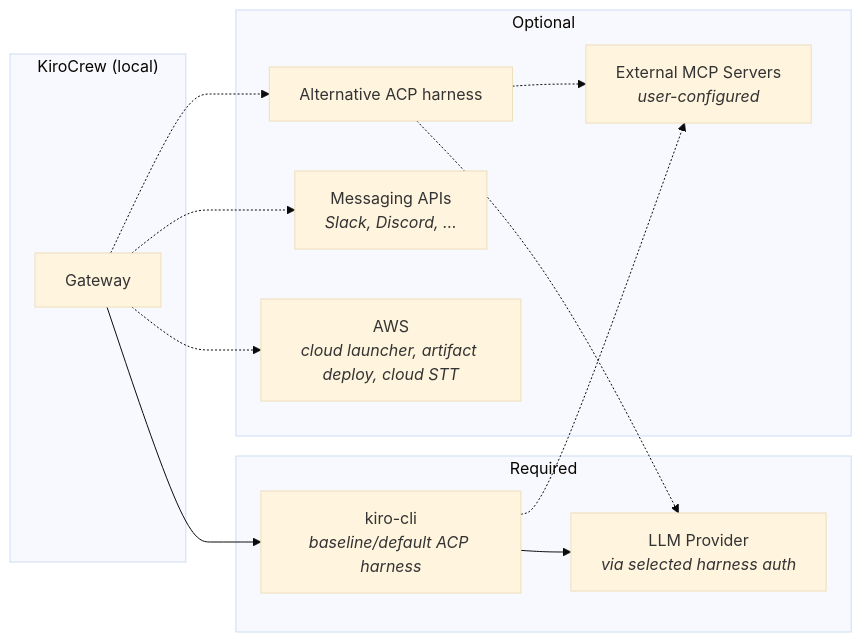
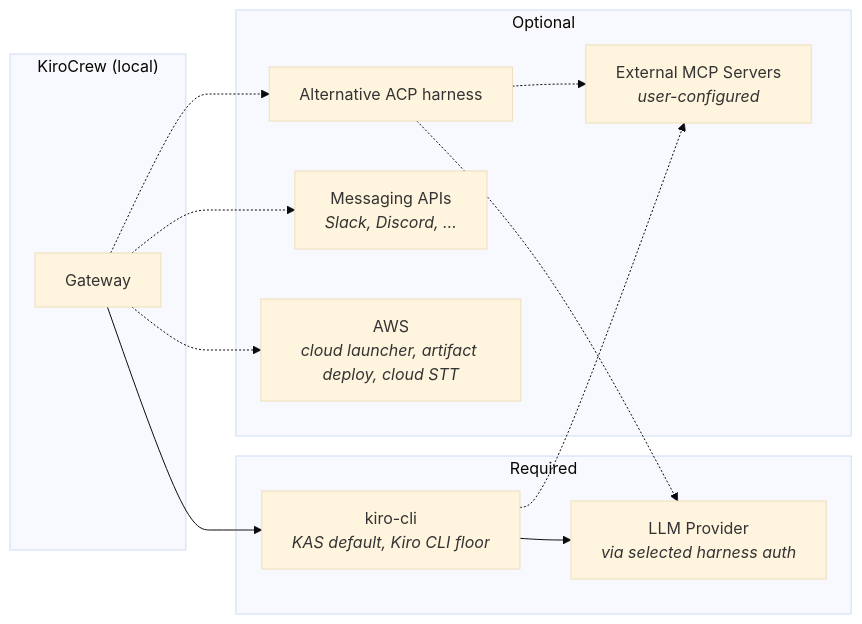
One commit to kirodotdev/KiroCrew changed the eighth of 9 diagrams in docs/architecture/overview.md. Above: the diagram before and after it, drawn with Mermaid (base theme). The commit also changed other lines of this file and 3 other files, not shown here.

Commit message:
docs(architecture): name KAS as the default harness and drop closed issue numbers

````diff
--- a/docs/architecture/overview.md
+++ b/docs/architecture/overview.md
@@ -617,27 +620,27 @@
 ```mermaid
 graph LR
     subgraph "KiroCrew (local)"
         GW2[Gateway]
     end
 
     subgraph "Required"
-        KIRO[kiro-cli<br/><i>baseline/default ACP harness</i>]
+        KIRO[kiro-cli<br/><i>KAS default, Kiro CLI floor</i>]
         LLM2[LLM Provider<br/><i>via selected harness auth</i>]
     end
 
     subgraph "Optional"
         ACP_ALT[Alternative ACP harness]
         CHAN_API[Messaging APIs<br/><i>Slack, Discord, …</i>]
         MCP_EXT[External MCP Servers<br/><i>user-configured</i>]
         AWS[AWS<br/><i>cloud launcher, artifact deploy, cloud STT</i>]
     end
 
     GW2 --> KIRO
     GW2 -.-> ACP_ALT
     KIRO --> LLM2
     ACP_ALT -.-> LLM2
     GW2 -.-> CHAN_API
     KIRO -.-> MCP_EXT
     ACP_ALT -.-> MCP_EXT
     GW2 -.-> AWS
 ```
````
